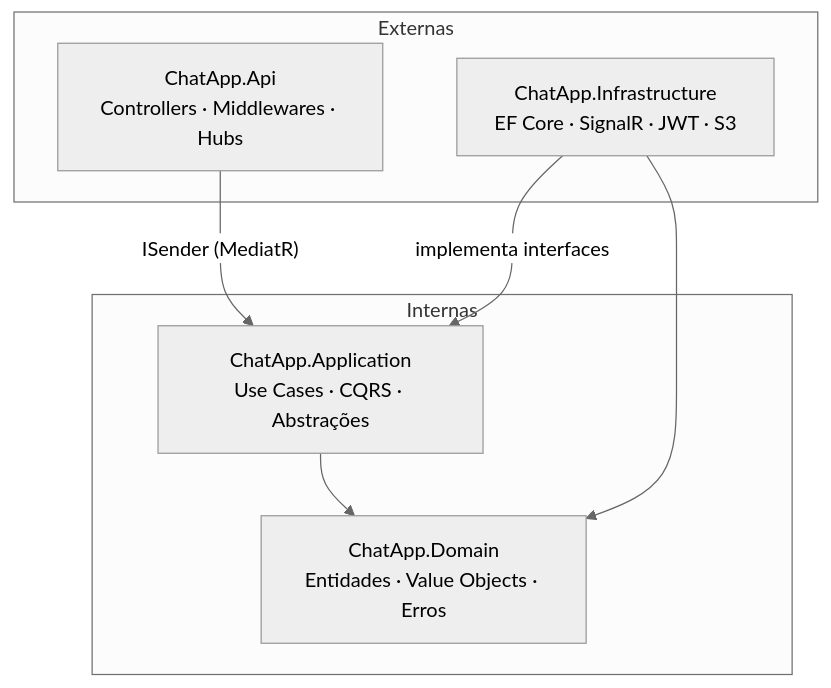
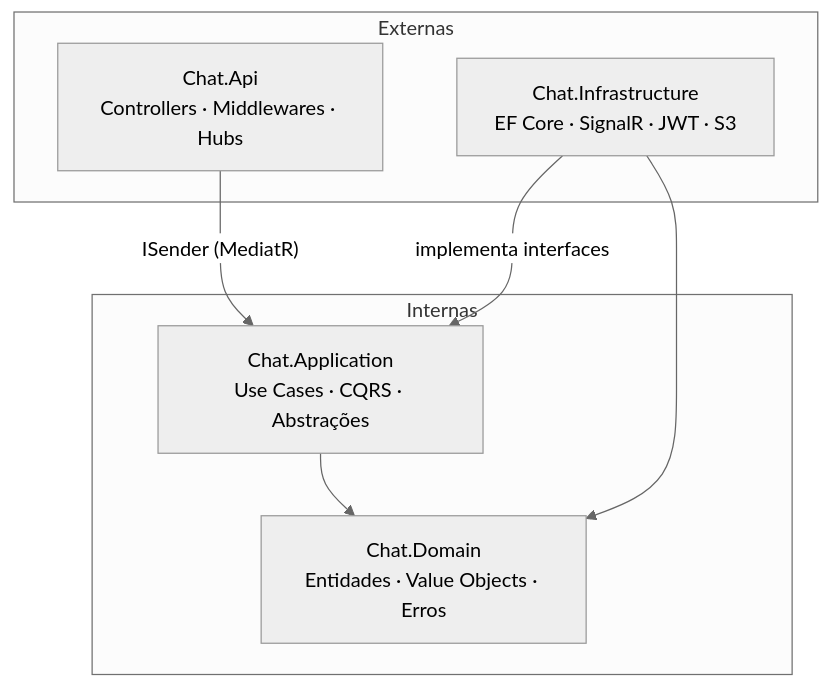
The first of 3 diagrams in docs/architecture.md (eovinicius/ChatApp), drawn with Mermaid (neutral theme) before and after one commit. The commit also changed other lines of this file and 292 other files, not shown here.

First line of the commit message:
refactor!: reorganizar ChatApp em monorepo e renomear para Chat

````diff
--- a/docs/architecture.md
+++ b/docs/architecture.md
@@ -7,16 +7,16 @@
 ```mermaid
 graph TD
     subgraph Externas
-        API["ChatApp.Api\nControllers · Middlewares · Hubs"]
-        Infra["ChatApp.Infrastructure\nEF Core · SignalR · JWT · S3"]
+        API["Chat.Api\nControllers · Middlewares · Hubs"]
+        Infra["Chat.Infrastructure\nEF Core · SignalR · JWT · S3"]
     end
     subgraph Internas
-        App["ChatApp.Application\nUse Cases · CQRS · Abstrações"]
-        Domain["ChatApp.Domain\nEntidades · Value Objects · Erros"]
+        App["Chat.Application\nUse Cases · CQRS · Abstrações"]
+        Domain["Chat.Domain\nEntidades · Value Objects · Erros"]
     end
 
     API -->|"ISender (MediatR)"| App
     Infra -->|"implementa interfaces"| App
     App --> Domain
     Infra --> Domain
 ```
````
